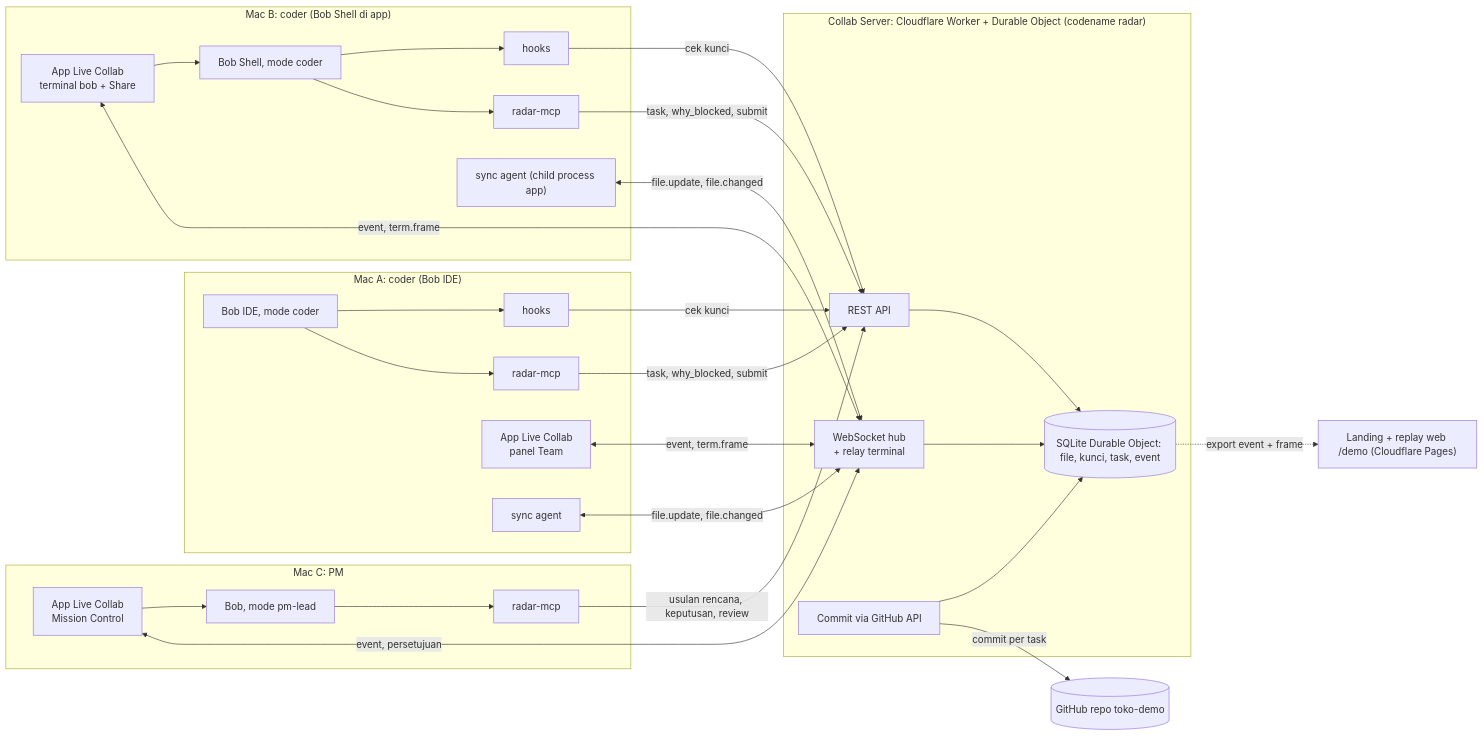
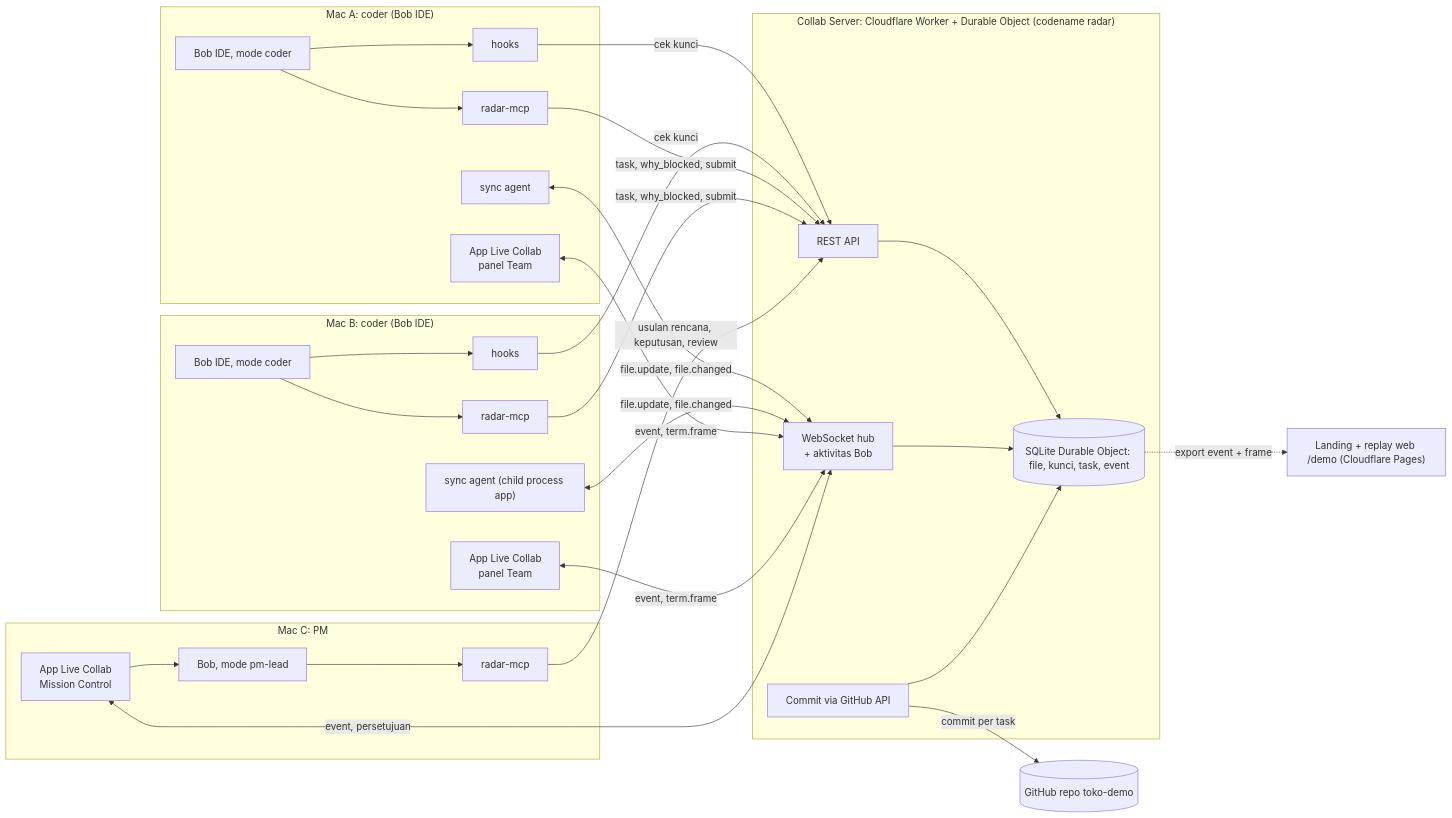
One commit to umarmuhdhor/IBM changed diagram 12 of 13 in PRD.md. Above: the diagram before and after it, drawn with Mermaid. The commit also changed other lines of this file and 24 other files, not shown here.

````diff
--- a/PRD.md
+++ b/PRD.md
@@ -566,42 +566,43 @@
 ```mermaid
 flowchart LR
   subgraph PA["Mac A: coder (Bob IDE)"]
     BA["Bob IDE, mode coder"] --> HA["hooks"]
     BA --> MA1["radar-mcp"]
     AA["App Live Collab<br>panel Team"]
     SA["sync agent"]
   end
-  subgraph PB["Mac B: coder (Bob Shell di app)"]
-    AB["App Live Collab<br>terminal bob + Share"] --> BB["Bob Shell, mode coder"]
+  subgraph PB["Mac B: coder (Bob IDE)"]
+    AB["App Live Collab<br>panel Team"]
+    BB["Bob IDE, mode coder"]
     BB --> HB["hooks"]
     BB --> MB1["radar-mcp"]
     SB["sync agent (child process app)"]
   end
   subgraph PC["Mac C: PM"]
     AC["App Live Collab<br>Mission Control"] --> BC["Bob, mode pm-lead"]
     BC --> MC1["radar-mcp"]
   end
   subgraph SV["Collab Server: Cloudflare Worker + Durable Object (codename radar)"]
     API["REST API"]
-    WS["WebSocket hub<br>+ relay terminal"]
+    WS["WebSocket hub<br>+ aktivitas Bob"]
     DB[("SQLite Durable Object: file, kunci, task, event")]
     GIT["Commit via GitHub API"]
     API --> DB
     WS --> DB
     GIT --> DB
   end
   GH[("GitHub repo toko-demo")]
   WEB["Landing + replay web /demo (Cloudflare Pages)"]
   HA -->|"cek kunci"| API
   HB -->|"cek kunci"| API
   MA1 -->|"task, why_blocked, submit"| API
   MB1 -->|"task, why_blocked, submit"| API
   MC1 -->|"usulan rencana, keputusan, review"| API
   SA <-->|"file.update, file.changed"| WS
   SB <-->|"file.update, file.changed"| WS
   AA <-->|"event, term.frame"| WS
   AB <-->|"event, term.frame"| WS
   AC <-->|"event, persetujuan"| WS
   GIT -->|"commit per task"| GH
   DB -.->|"export event + frame"| WEB
 ```
````
